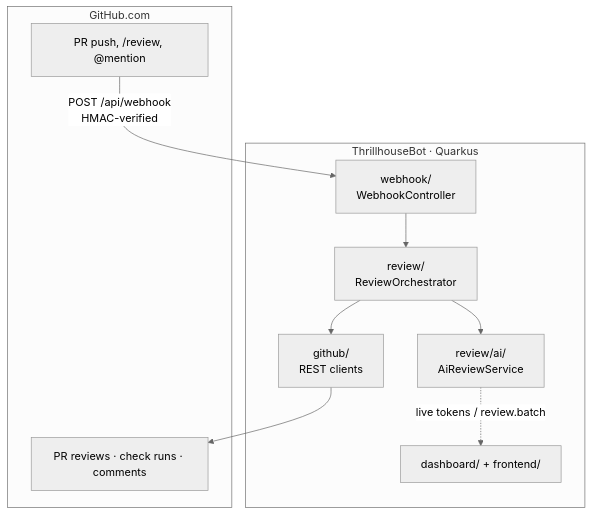
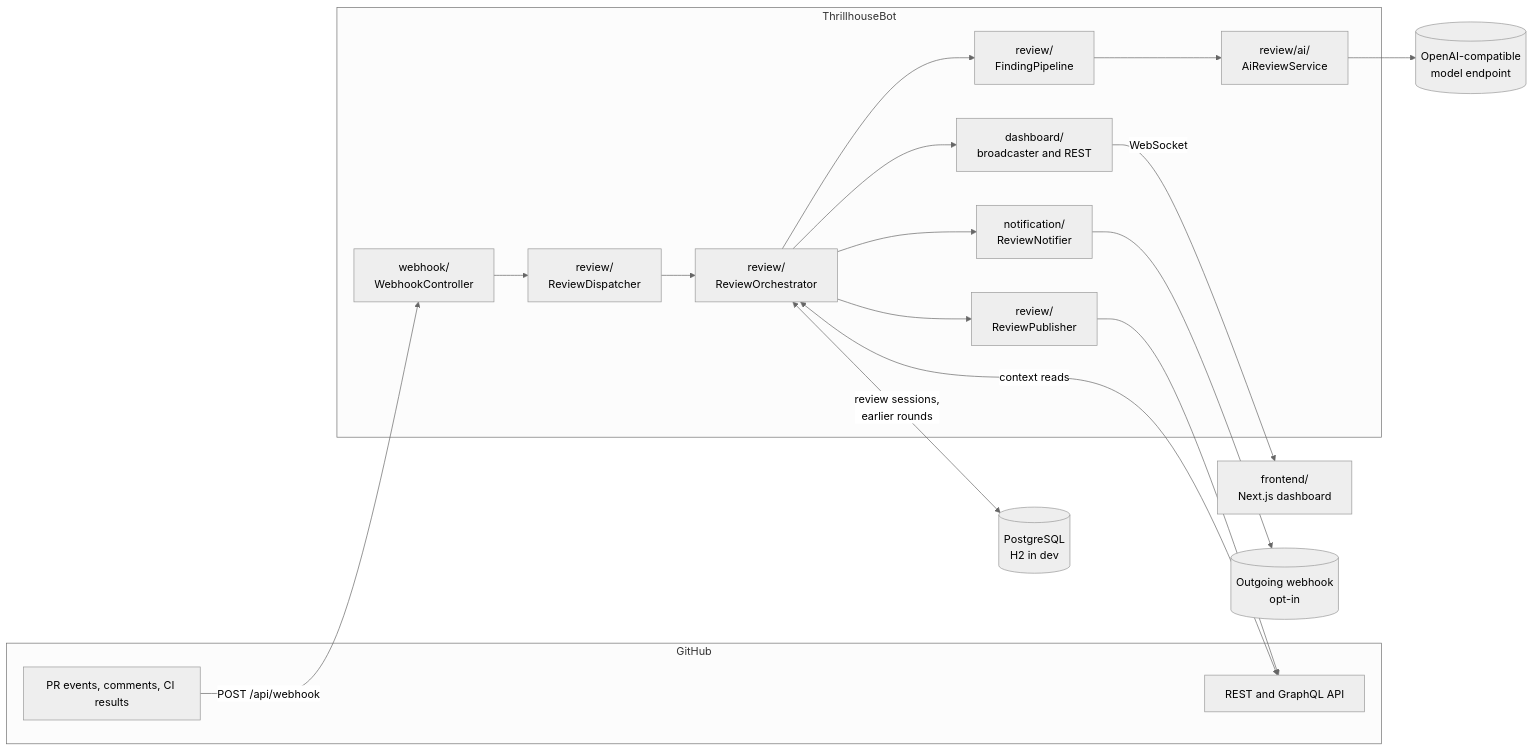
Before and after one commit to devops-thiago/ThrillhouseBot: the first of 4 diagrams in docs/ARCHITECTURE.md, drawn with Mermaid (neutral theme). The commit also changed other lines of this file and 1 other file, not shown here.

First line of the commit message:
docs: update the architecture overview and AGENTS.md for 0.7.0 (#990)

````diff
--- a/docs/ARCHITECTURE.md
+++ b/docs/ARCHITECTURE.md
@@ -13,22 +16,31 @@
 ```mermaid
-flowchart TB
-    subgraph GH[GitHub.com]
-        IN[PR push, /review, @mention]
-        OUT[PR reviews · check runs · comments]
+flowchart LR
+    subgraph GH[GitHub]
+        EV[PR events, comments, CI results]
+        API[REST and GraphQL API]
     end
 
-    subgraph BOT[ThrillhouseBot · Quarkus]
+    subgraph BOT[ThrillhouseBot]
         WH[webhook/<br/>WebhookController]
+        DSP[review/<br/>ReviewDispatcher]
         RO[review/<br/>ReviewOrchestrator]
+        FP[review/<br/>FindingPipeline]
         AI[review/ai/<br/>AiReviewService]
-        GHC[github/<br/>REST clients]
-        DB[dashboard/ + frontend/]
-
-        WH --> RO --> AI
-        RO --> GHC
-        AI -.->|live tokens / review.batch| DB
+        PUB[review/<br/>ReviewPublisher]
+        DASH[dashboard/<br/>broadcaster and REST]
+        NOTE[notification/<br/>ReviewNotifier]
     end
 
-    IN -->|POST /api/webhook<br/>HMAC-verified| WH
-    GHC --> OUT
+    LLM[(OpenAI-compatible<br/>model endpoint)]
+    DB[(PostgreSQL<br/>H2 in dev)]
+    UI[frontend/<br/>Next.js dashboard]
+    HOOK[(Outgoing webhook<br/>opt-in)]
+
+    EV -->|POST /api/webhook| WH --> DSP --> RO
+    RO --> FP --> AI --> LLM
+    RO --> PUB --> API
+    RO <-->|context reads| API
+    RO <-->|review sessions,<br/>earlier rounds| DB
+    RO --> DASH -->|WebSocket| UI
+    RO --> NOTE --> HOOK
 ```
````
